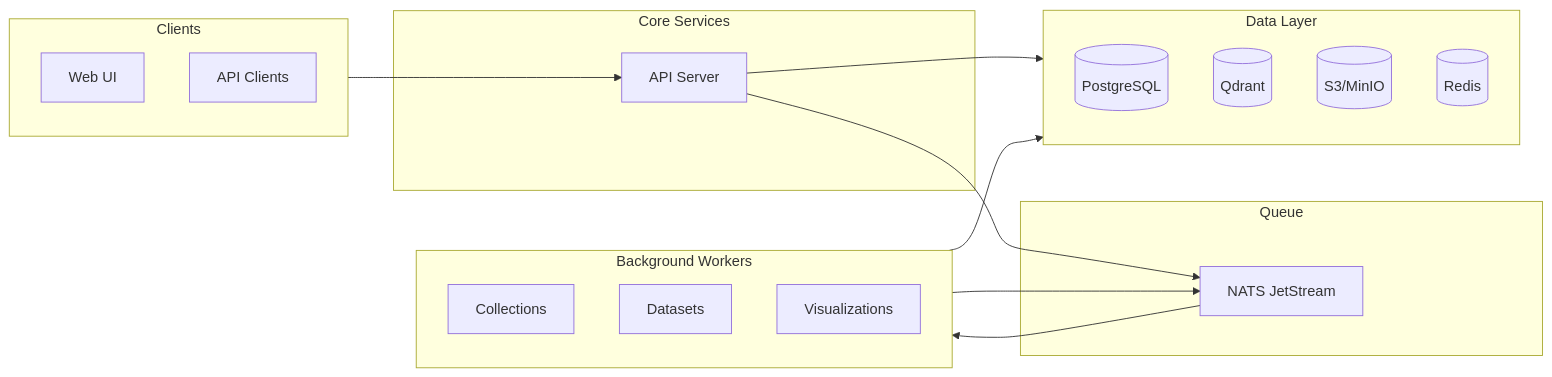
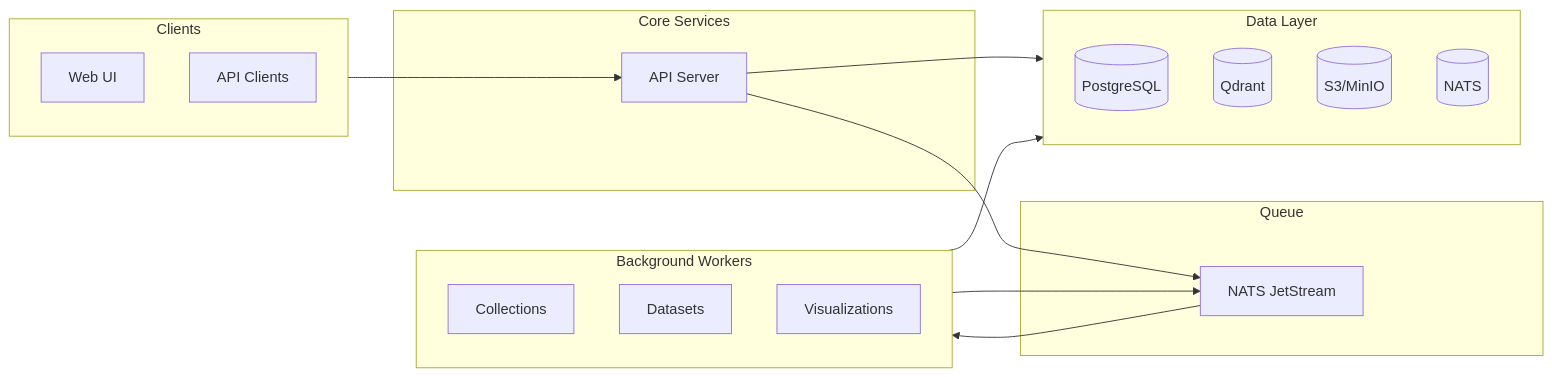
The first of 3 diagrams in README.md (FishySoftware/semantic-explorer), drawn with Mermaid before and after one commit. The commit also changed other lines of this file and 55 other files, not shown here.

````diff
--- a/README.md
+++ b/README.md
@@ -54,35 +52,35 @@
 ```mermaid
 flowchart LR
     subgraph Clients
         UI[Web UI]
         API_Client[API Clients]
     end
 
     subgraph Core["Core Services"]
         API[API Server]
     end
 
     subgraph Workers["Background Workers"]
         W1[Collections]
         W2[Datasets]
         W3[Visualizations]
     end
 
     subgraph Queue
         NATS[NATS JetStream]
     end
 
     subgraph Data["Data Layer"]
         PG[(PostgreSQL)]
         QD[(Qdrant)]
         S3[(S3/MinIO)]
-        RD[(Redis)]
+        RD[(NATS)]
     end
 
     Clients --> API
     API --> NATS
     API --> Data
     NATS --> Workers
     Workers --> Data
     Workers --> NATS
 ```
````
